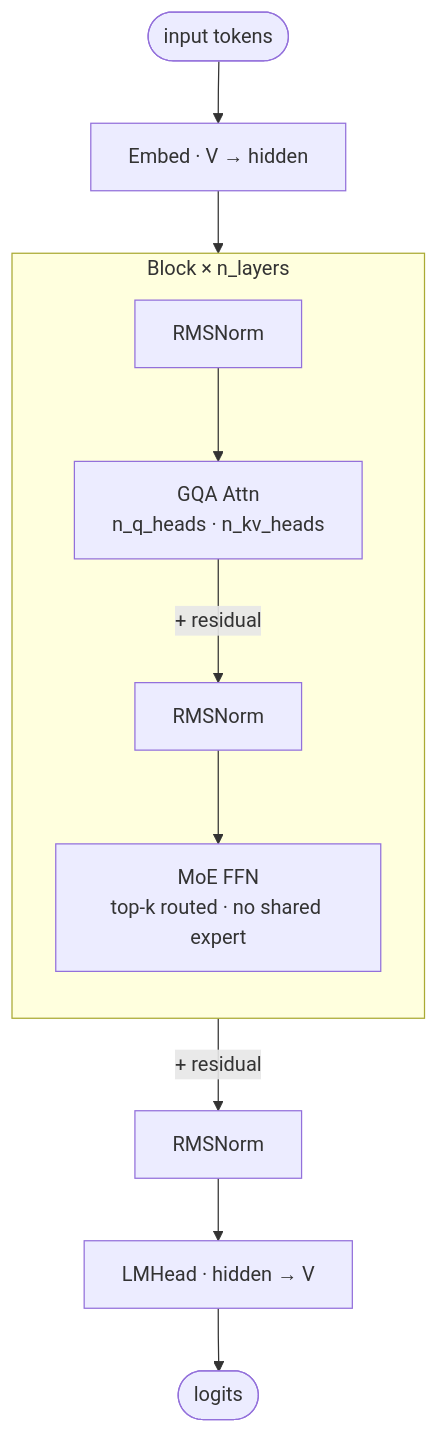
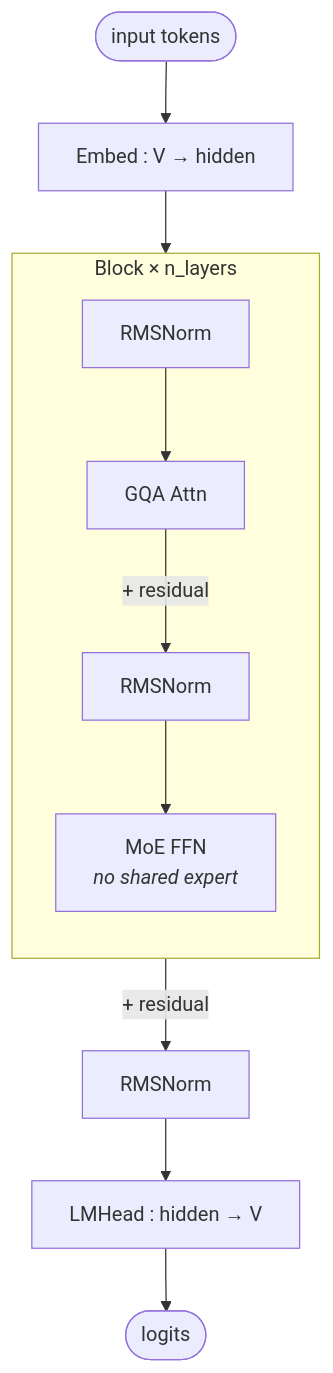
The diagram in skills/model-architecture-ascii/references/diagrams/qwen3-moe-block.md (AndyKong2020/AI-Infra-Auto-Driven-SKILLS), drawn with Mermaid before and after one commit. The commit also changed 3 other files, not shown here.

First line of the commit message:
Tighten Mermaid label conventions

````diff
--- a/skills/model-architecture-ascii/references/diagrams/qwen3-moe-block.md
+++ b/skills/model-architecture-ascii/references/diagrams/qwen3-moe-block.md
@@ -19,21 +19,21 @@
 ```mermaid
 flowchart TD
     in([input tokens])
-    in --> embed["Embed · V → hidden"]
+    in --> embed["Embed : V → hidden"]
 
     subgraph block ["Block × n_layers"]
         direction TB
         n1[RMSNorm]
-        attn["GQA Attn<br/>n_q_heads · n_kv_heads"]
+        attn[GQA Attn]
         n2[RMSNorm]
-        moe["MoE FFN<br/>top-k routed · no shared expert"]
+        moe["MoE FFN<br/><i>no shared expert</i>"]
         n1 --> attn
         attn -->|+ residual| n2
         n2 --> moe
     end
 
     embed --> n1
     moe -->|+ residual| fnorm[RMSNorm]
-    fnorm --> head["LMHead · hidden → V"]
+    fnorm --> head["LMHead : hidden → V"]
     head --> logits([logits])
 ```
````
